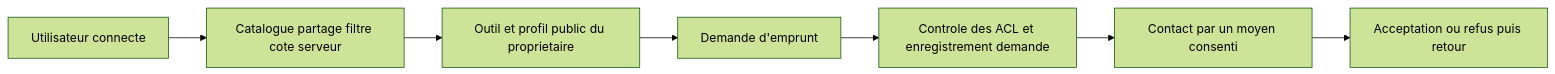
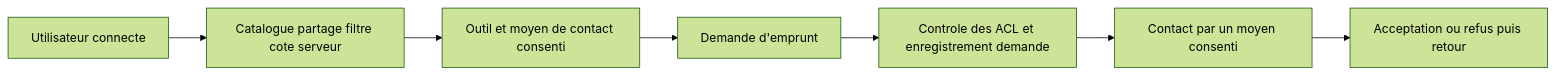
The fifth of 5 diagrams in docs/fonctionnel.md (quentin1500/toolbox_share), drawn with Mermaid (forest theme) before and after one commit. The commit also changed other lines of this file and 11 other files, not shown here.

````diff
--- a/docs/fonctionnel.md
+++ b/docs/fonctionnel.md
@@ -182,9 +228,9 @@
 ```mermaid
 flowchart LR
   A[Utilisateur connecte] --> B[Catalogue partage filtre cote serveur]
-  B --> C[Outil et profil public du proprietaire]
+  B --> C[Outil et moyen de contact consenti]
   C --> D[Demande d'emprunt]
   D --> E[Controle des ACL et enregistrement demande]
   E --> F[Contact par un moyen consenti]
   F --> G[Acceptation ou refus puis retour]
 ```
````
